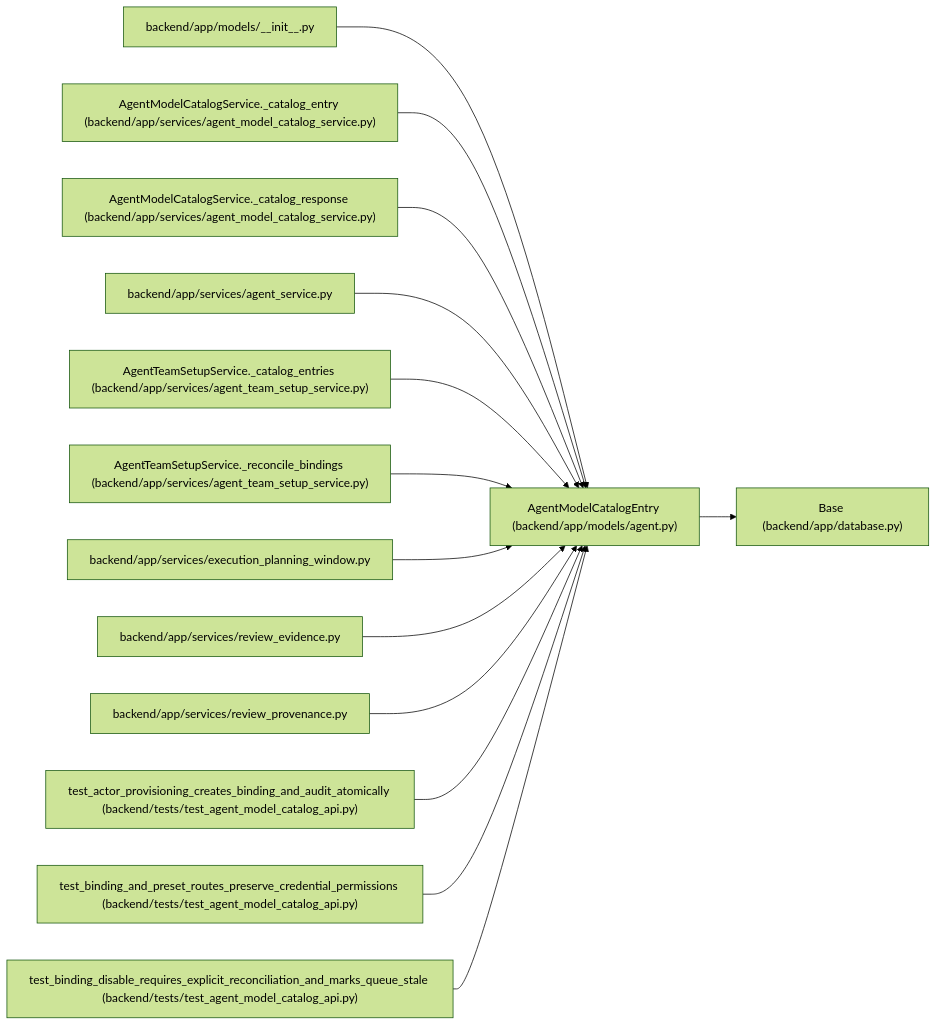
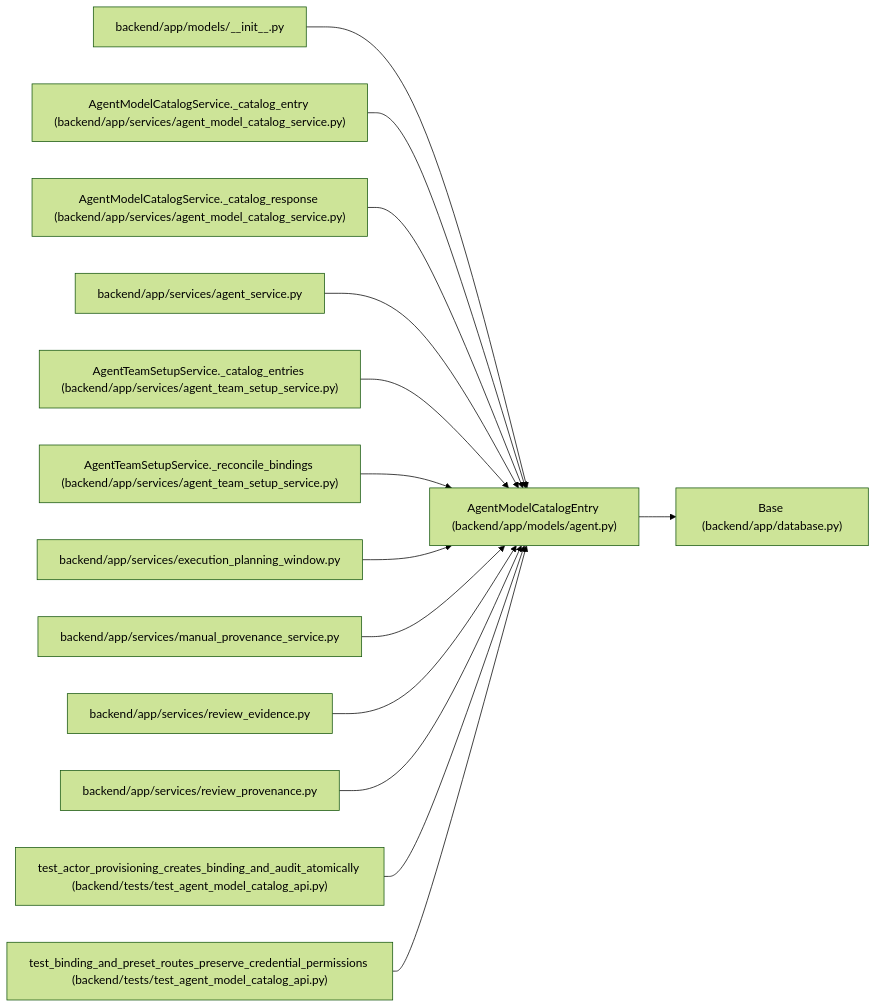
Before and after one commit to Denissvgn/WorkChord: the diagram in docs/llm_wiki/entities/models_agent_AgentModelCatalogEntry.md, drawn with Mermaid (forest theme). The commit also changed other lines of this file and 880 other files, not shown here.

Commit message:
Sync the architectural wiki for manual execution provenance

````diff
--- a/docs/llm_wiki/entities/models_agent_AgentModelCatalogEntry.md
+++ b/docs/llm_wiki/entities/models_agent_AgentModelCatalogEntry.md
@@ -41,44 +41,44 @@
 ```mermaid
 flowchart LR
     n0["AgentModelCatalogEntry (backend/app/models/agent.py)"]
     n1["Base (backend/app/database.py)"]
     n2["backend/app/models/__init__.py"]
     n3["AgentModelCatalogService._catalog_entry (backend/app/services/agent_model_catalog_service.py)"]
     n4["AgentModelCatalogService._catalog_response (backend/app/services/agent_model_catalog_service.py)"]
     n5["backend/app/services/agent_service.py"]
     n6["AgentTeamSetupService._catalog_entries (backend/app/services/agent_team_setup_service.py)"]
     n7["AgentTeamSetupService._reconcile_bindings (backend/app/services/agent_team_setup_service.py)"]
     n8["backend/app/services/execution_planning_window.py"]
-    n9["backend/app/services/review_evidence.py"]
-    n10["backend/app/services/review_provenance.py"]
-    n11["test_actor_provisioning_creates_binding_and_audit_atomically (backend/tests/test_agent_model_catalog_api.py)"]
-    n12["test_binding_and_preset_routes_preserve_credential_permissions (backend/tests/test_agent_model_catalog_api.py)"]
-    n13["test_binding_disable_requires_explicit_reconciliation_and_marks_queue_stale (backend/tests/test_agent_model_catalog_api.py)"]
+    n9["backend/app/services/manual_provenance_service.py"]
+    n10["backend/app/services/review_evidence.py"]
+    n11["backend/app/services/review_provenance.py"]
+    n12["test_actor_provisioning_creates_binding_and_audit_atomically (backend/tests/test_agent_model_catalog_api.py)"]
+    n13["test_binding_and_preset_routes_preserve_credential_permissions (backend/tests/test_agent_model_catalog_api.py)"]
     n0 --> n1
     n2 --> n0
     n3 --> n0
     n4 --> n0
     n5 --> n0
     n6 --> n0
     n7 --> n0
     n8 --> n0
     n9 --> n0
     n10 --> n0
     n11 --> n0
     n12 --> n0
     n13 --> n0
     click n0 "../modules/models_agent.md"
     click n1 "../modules/app_database.md"
     click n2 "../modules/models___init__.md"
     click n3 "../modules/agent_model_catalog_service.md"
     click n4 "../modules/agent_model_catalog_service.md"
     click n5 "../modules/agent_service.md"
     click n6 "../modules/agent_team_setup_service.md"
     click n7 "../modules/agent_team_setup_service.md"
     click n8 "../modules/execution_planning_window.md"
-    click n9 "../modules/services_review_evidence.md"
-    click n10 "../modules/review_provenance.md"
-    click n11 "../modules/test_agent_model_catalog_api.md"
+    click n9 "../modules/manual_provenance_service.md"
+    click n10 "../modules/services_review_evidence.md"
+    click n11 "../modules/review_provenance.md"
     click n12 "../modules/test_agent_model_catalog_api.md"
     click n13 "../modules/test_agent_model_catalog_api.md"
 ```
````
